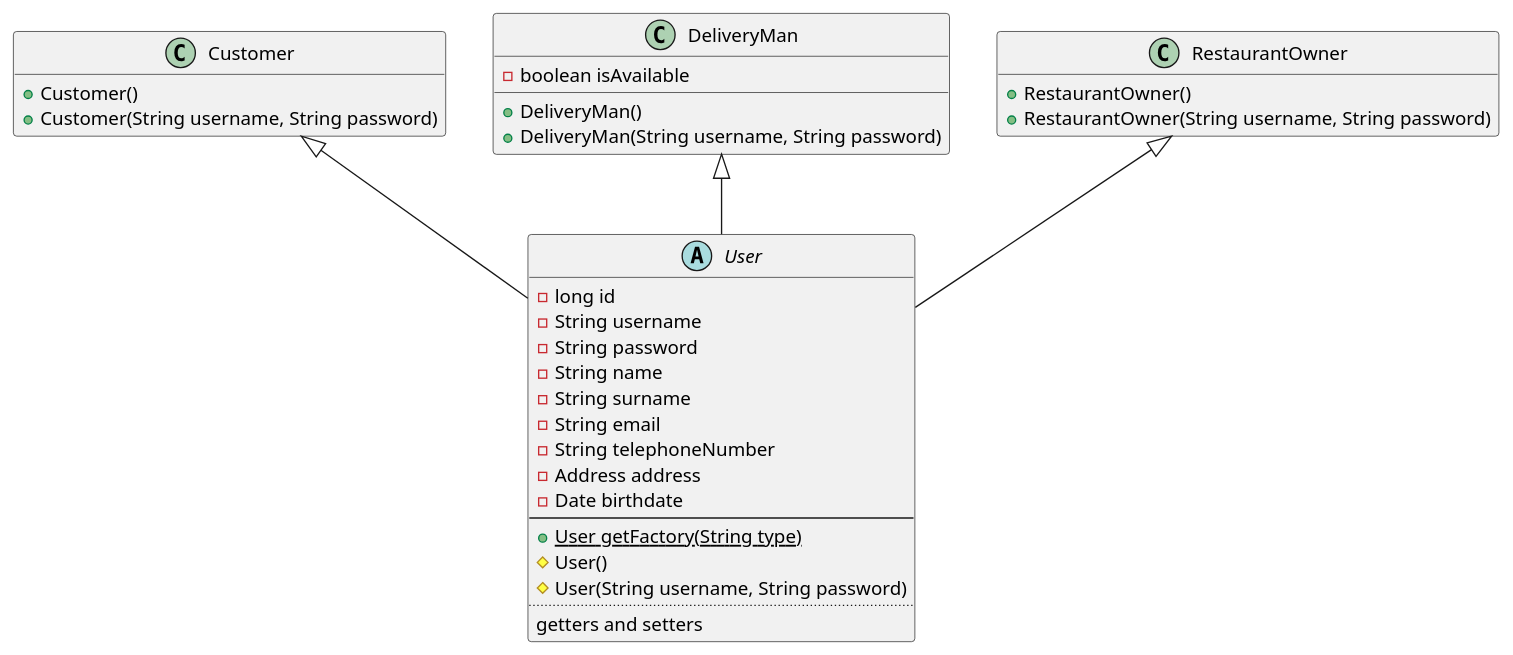
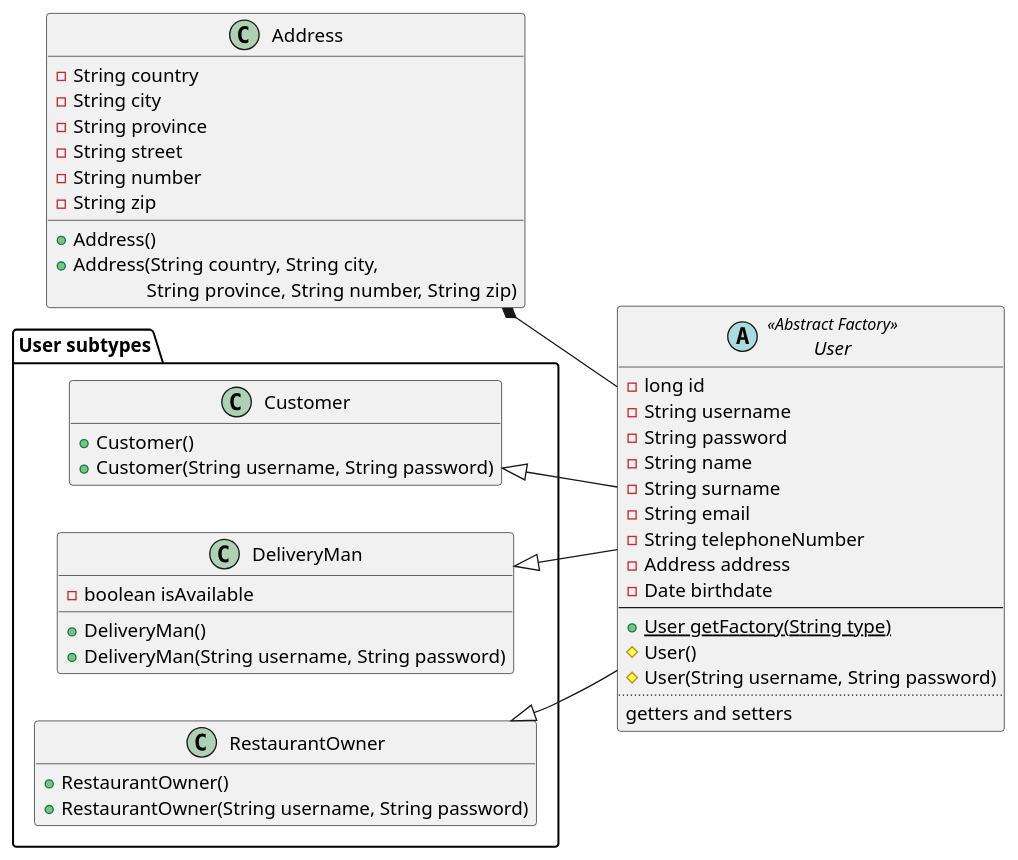
One commit to TommasoScalici/FoodDelivery changed the diagram in src/main/java/unipa/fooddelivery/diagrams/class/user.wsd. Above: the diagram before and after it, drawn with PlantUML. The commit also changed 2 other files, not shown here.

Commit message:
User diagram ultra instinct

```diff
--- a/src/main/java/unipa/fooddelivery/diagrams/class/user.wsd
+++ b/src/main/java/unipa/fooddelivery/diagrams/class/user.wsd
@@ -1,43 +1,61 @@
 @startuml user
-abstract class User {
+left to right direction
+abstract class User <<Abstract Factory>> {
   -long id
   -String username
   -String password
   -String name
   -String surname
   -String email
   -String telephoneNumber
   -Address address
   -Date birthdate
   --
   +User {static} getFactory(String type)
   #User()
   #User(String username, String password)
   ..
   getters and setters
 }
 
+class Address {
+    -String country
+    -String city
+    -String province
+    -String street
+    -String number
+    -String zip
+    +Address()
+    +Address(String country, String city,
+\t       String province, String number, String zip)
+}
+
+package "User subtypes" {
+
 class Customer {
     +Customer()
     +Customer(String username, String password)
 }
 
 class DeliveryMan {
     -boolean isAvailable
     +DeliveryMan()
     +DeliveryMan(String username, String password)
 }
 
 class RestaurantOwner {
     +RestaurantOwner()
     +RestaurantOwner(String username, String password)
 }
 
+}
+
 hide Customer fields
 hide RestaurantOwner fields
 
+Address *-- User
 Customer <|-- User
 DeliveryMan <|-- User
 RestaurantOwner <|-- User
 
 @enduml
```
